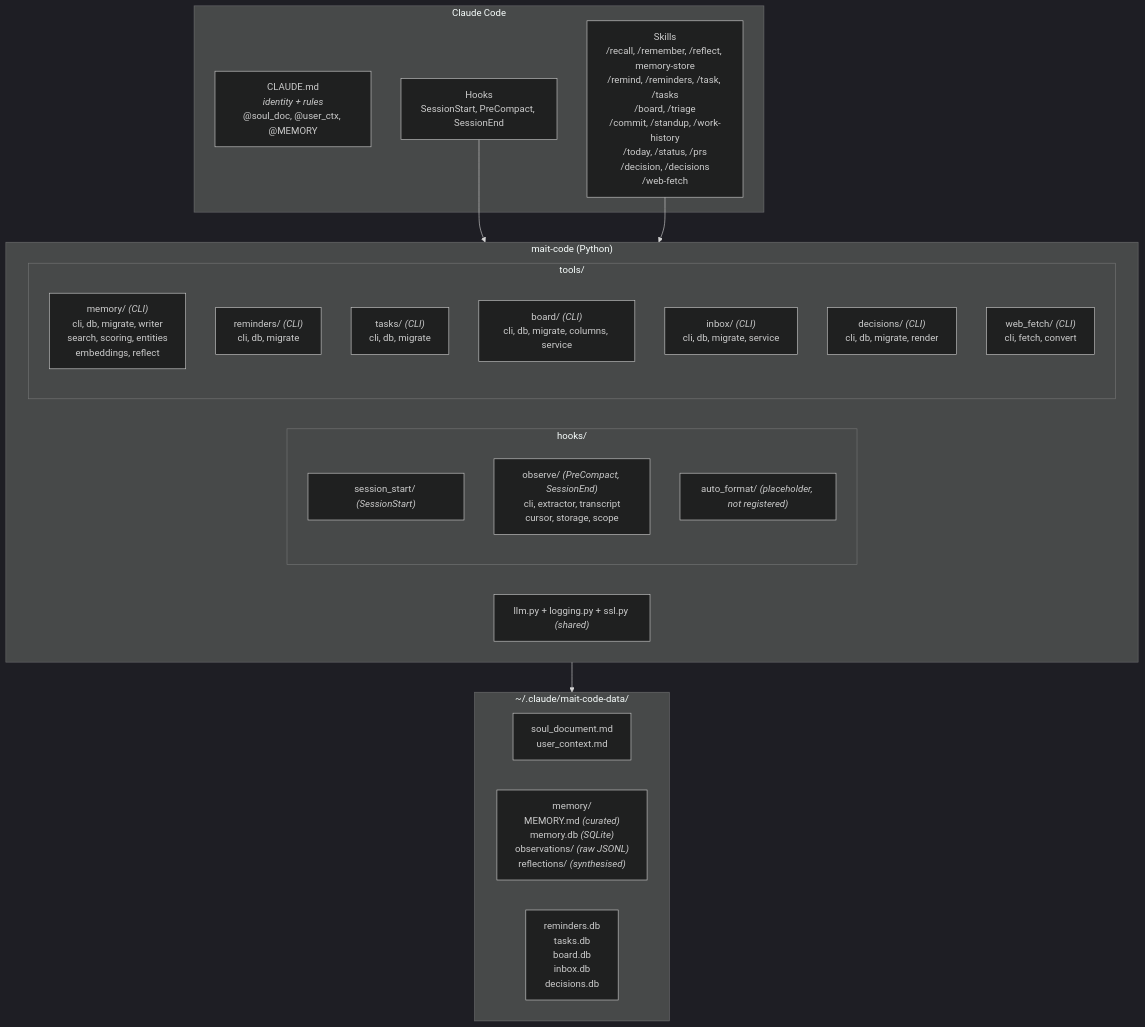
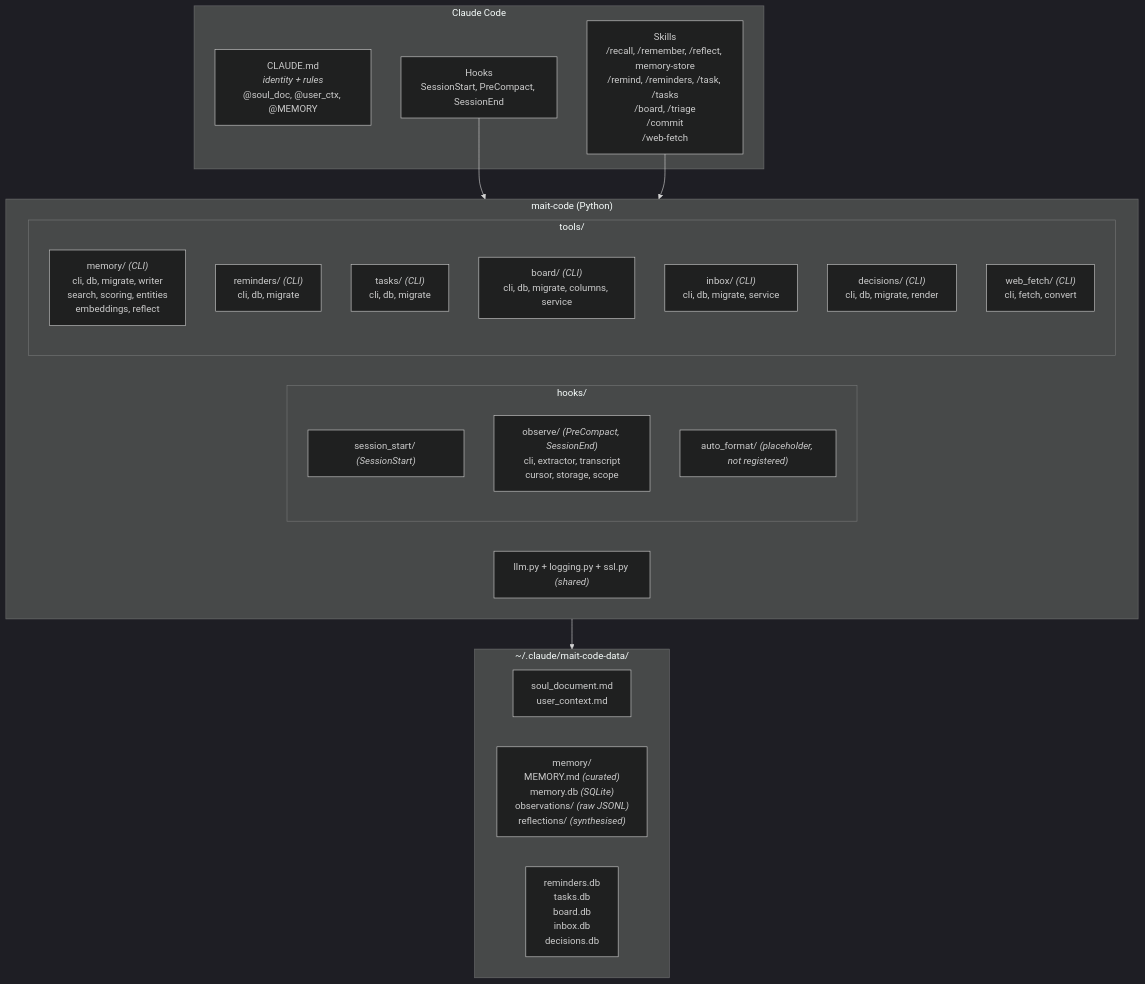
Before and after one commit to wiktordepina/mait-code: the first of 4 diagrams in docs/architecture.md, drawn with Mermaid (dark theme). The commit also changed other lines of this file and 33 other files, not shown here.

First line of the commit message:
chore(skills): remove seven unused skills and the decisions subsystem

````diff
--- a/docs/architecture.md
+++ b/docs/architecture.md
@@ -14,36 +14,36 @@
 ```mermaid
 graph TD
     subgraph claude_code ["Claude Code"]
         CLAUDE_MD["CLAUDE.md<br/><i>identity + rules</i><br/>@soul_doc, @user_ctx, @MEMORY"]
         HOOKS["Hooks<br/>SessionStart, PreCompact, SessionEnd"]
-        SKILLS["Skills<br/>/recall, /remember, /reflect, memory-store<br/>/remind, /reminders, /task, /tasks<br/>/board, /triage<br/>/commit, /standup, /work-history<br/>/today, /status, /prs<br/>/decision, /decisions<br/>/web-fetch"]
+        SKILLS["Skills<br/>/recall, /remember, /reflect, memory-store<br/>/remind, /reminders, /task, /tasks<br/>/board, /triage<br/>/commit<br/>/web-fetch"]
     end
 
     subgraph mait_code ["mait-code (Python)"]
         subgraph hooks_pkg ["hooks/"]
             session_start["session_start/ <i>(SessionStart)</i>"]
             observe["observe/ <i>(PreCompact, SessionEnd)</i><br/>cli, extractor, transcript<br/>cursor, storage, scope"]
             auto_format["auto_format/ <i>(placeholder, not registered)</i>"]
         end
         subgraph tools_pkg ["tools/"]
             memory_tool["memory/ <i>(CLI)</i><br/>cli, db, migrate, writer<br/>search, scoring, entities<br/>embeddings, reflect"]
             reminders_tool["reminders/ <i>(CLI)</i><br/>cli, db, migrate"]
             tasks_tool["tasks/ <i>(CLI)</i><br/>cli, db, migrate"]
             board_tool["board/ <i>(CLI)</i><br/>cli, db, migrate, columns, service"]
             inbox_tool["inbox/ <i>(CLI)</i><br/>cli, db, migrate, service"]
             decisions_tool["decisions/ <i>(CLI)</i><br/>cli, db, migrate, render"]
             web_fetch_tool["web_fetch/ <i>(CLI)</i><br/>cli, fetch, convert"]
         end
         shared["llm.py + logging.py + ssl.py <i>(shared)</i>"]
     end
 
     subgraph data_dir ["~/.claude/mait-code-data/"]
         identity["soul_document.md<br/>user_context.md"]
         memory_store["memory/<br/>MEMORY.md <i>(curated)</i><br/>memory.db <i>(SQLite)</i><br/>observations/ <i>(raw JSONL)</i><br/>reflections/ <i>(synthesised)</i>"]
         other_dbs["reminders.db<br/>tasks.db<br/>board.db<br/>inbox.db<br/>decisions.db"]
     end
 
     HOOKS --> mait_code
     SKILLS --> mait_code
     mait_code --> data_dir
 ```
````
